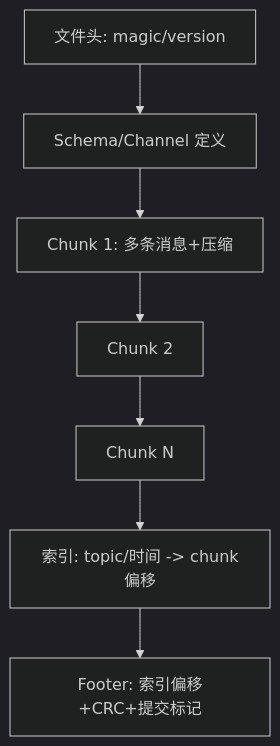
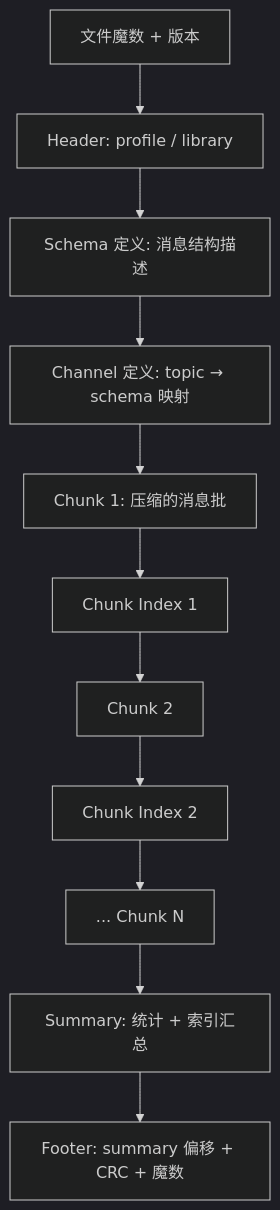
The first of 7 diagrams in docs/chapter8.md (cavemancave/mw-study), drawn with Mermaid (dark theme) before and after one commit. The commit also changed other lines of this file and 4 other files, not shown here.

````diff
--- a/docs/chapter8.md
+++ b/docs/chapter8.md
@@ -30,9 +139,13 @@
 ```mermaid
 flowchart TB
-    HDR[文件头: magic/version] --> SCH[Schema/Channel 定义]
-    SCH --> CH1[Chunk 1: 多条消息+压缩]
-    CH1 --> CH2[Chunk 2]
-    CH2 --> CHN[Chunk N]
-    CHN --> IDX[索引: topic/时间 -> chunk偏移]
-    IDX --> FOOT[Footer: 索引偏移+CRC+提交标记]
+    MAGIC["文件魔数 + 版本"] --> HDR["Header: profile / library"]
+    HDR --> SCH["Schema 定义: 消息结构描述"]
+    SCH --> CHAN["Channel 定义: topic → schema 映射"]
+    CHAN --> CK1["Chunk 1: 压缩的消息批"]
+    CK1 --> CKI1["Chunk Index 1"]
+    CKI1 --> CK2["Chunk 2"]
+    CK2 --> CKI2["Chunk Index 2"]
+    CKI2 --> CKN["... Chunk N"]
+    CKN --> SUM["Summary: 统计 + 索引汇总"]
+    SUM --> FOOT["Footer: summary 偏移 + CRC + 魔数"]
 ```
````
